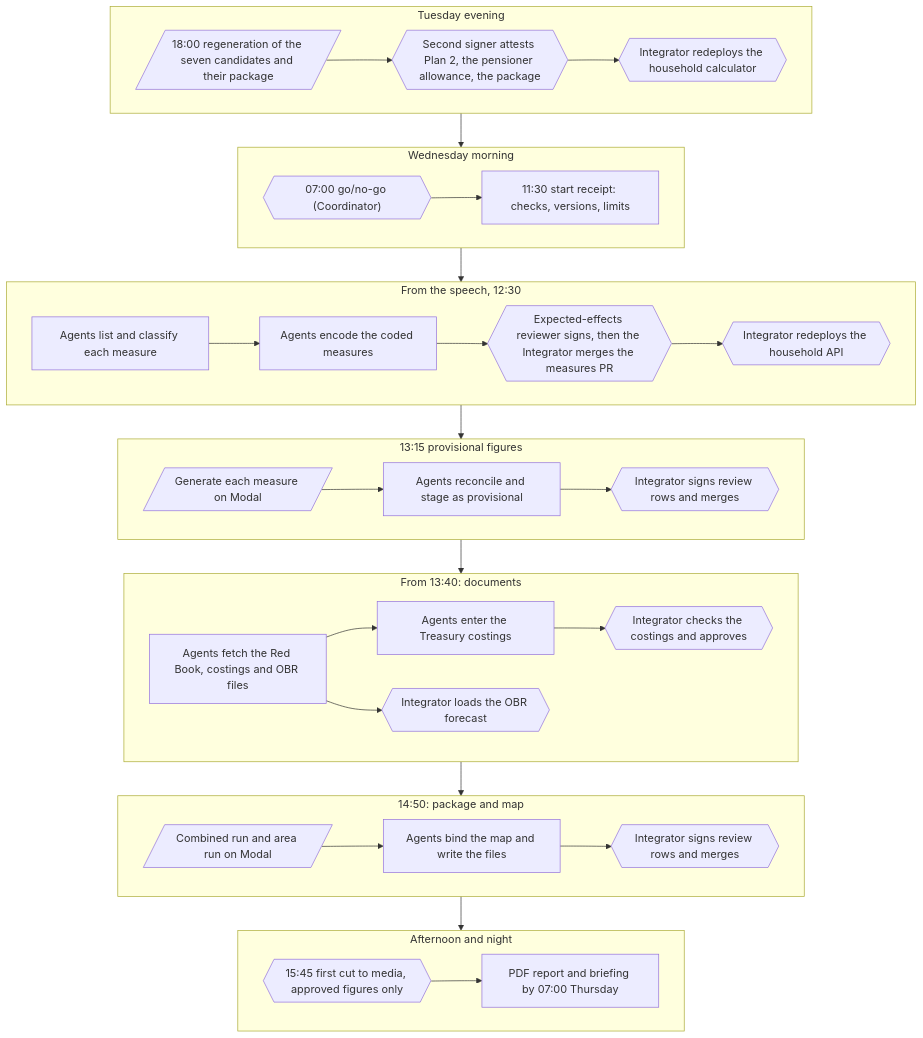
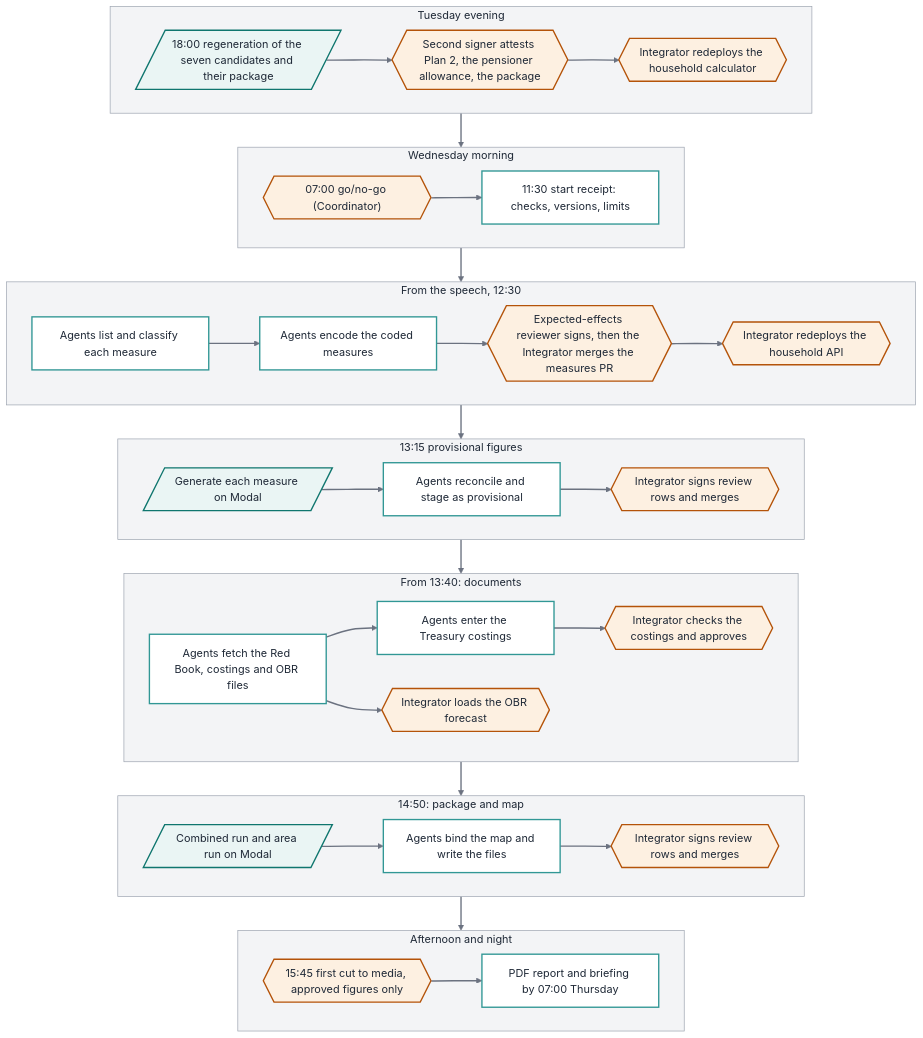
The first of 2 diagrams in docs/budget-day-map.md (PolicyEngine/uk-autumn-budget-dashboard-2026), drawn with Mermaid before and after one commit. The commit also changed other lines of this file, not shown here.

````diff
--- a/docs/budget-day-map.md
+++ b/docs/budget-day-map.md
@@ -12,39 +12,54 @@
 ```mermaid
+%%{init: {"theme": "base", "themeVariables": {"lineColor": "#6B7280", "clusterBkg": "#F3F4F6", "clusterBorder": "#9CA3AF", "titleColor": "#1F2937", "primaryColor": "#FFFFFF", "primaryTextColor": "#1F2937", "primaryBorderColor": "#319795", "edgeLabelBackground": "#FFFFFF"}}}%%
 flowchart TD
   subgraph TUE["Tuesday evening"]
     direction LR
     T1[/"18:00 regeneration of the seven candidates and their package"/] --> T2{{"Second signer attests Plan 2, the pensioner allowance, the package"}}
     T2 --> T3{{"Integrator redeploys the household calculator"}}
   end
   subgraph AM["Wednesday morning"]
     direction LR
     A1{{"07:00 go/no-go (Coordinator)"}} --> A2["11:30 start receipt: checks, versions, limits"]
   end
   subgraph SPEECH["From the speech, 12:30"]
     direction LR
     S1["Agents list and classify each measure"] --> S2["Agents encode the coded measures"]
     S2 --> S3{{"Expected-effects reviewer signs, then the Integrator merges the measures PR"}}
     S3 --> S4{{"Integrator redeploys the household API"}}
   end
   subgraph G2["13:15 provisional figures"]
     direction LR
     P1[/"Generate each measure on Modal"/] --> P2["Agents reconcile and stage as provisional"]
     P2 --> P3{{"Integrator signs review rows and merges"}}
   end
   subgraph G3["From 13:40: documents"]
     direction LR
     D1["Agents fetch the Red Book, costings and OBR files"] --> D2["Agents enter the Treasury costings"]
     D2 --> D3{{"Integrator checks the costings and approves"}}
     D1 --> D4{{"Integrator loads the OBR forecast"}}
   end
   subgraph G4["14:50: package and map"]
     direction LR
     M1[/"Combined run and area run on Modal"/] --> M2["Agents bind the map and write the files"]
     M2 --> M3{{"Integrator signs review rows and merges"}}
   end
   subgraph LATE["Afternoon and night"]
     direction LR
     L1{{"15:45 first cut to media, approved figures only"}} --> L2["PDF report and briefing by 07:00 Thursday"]
   end
   TUE --> AM --> SPEECH --> G2 --> G3 --> G4 --> LATE
+  classDef agent fill:#FFFFFF,stroke:#319795,stroke-width:2px,color:#1F2937
+  classDef modal fill:#EAF5F4,stroke:#0F766E,stroke-width:2px,color:#1F2937
+  classDef person fill:#FDF0E1,stroke:#B45309,stroke-width:2px,color:#1F2937
+  class A2,S1,S2,P2,D1,D2,M2,L2 agent
+  class T1,P1,M1 modal
+  class T2,T3,A1,S3,S4,P3,D3,D4,M3,L1 person
+  style TUE fill:#F3F4F6,stroke:#9CA3AF,color:#1F2937
+  style AM fill:#F3F4F6,stroke:#9CA3AF,color:#1F2937
+  style SPEECH fill:#F3F4F6,stroke:#9CA3AF,color:#1F2937
+  style G2 fill:#F3F4F6,stroke:#9CA3AF,color:#1F2937
+  style G3 fill:#F3F4F6,stroke:#9CA3AF,color:#1F2937
+  style G4 fill:#F3F4F6,stroke:#9CA3AF,color:#1F2937
+  style LATE fill:#F3F4F6,stroke:#9CA3AF,color:#1F2937
+  linkStyle default stroke:#6B7280,stroke-width:2px
 ```
````
